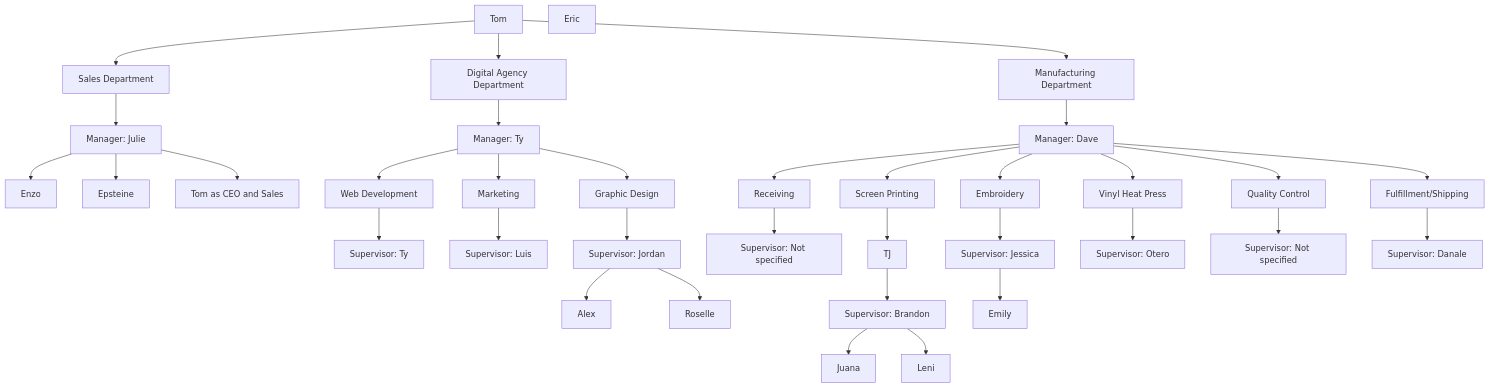
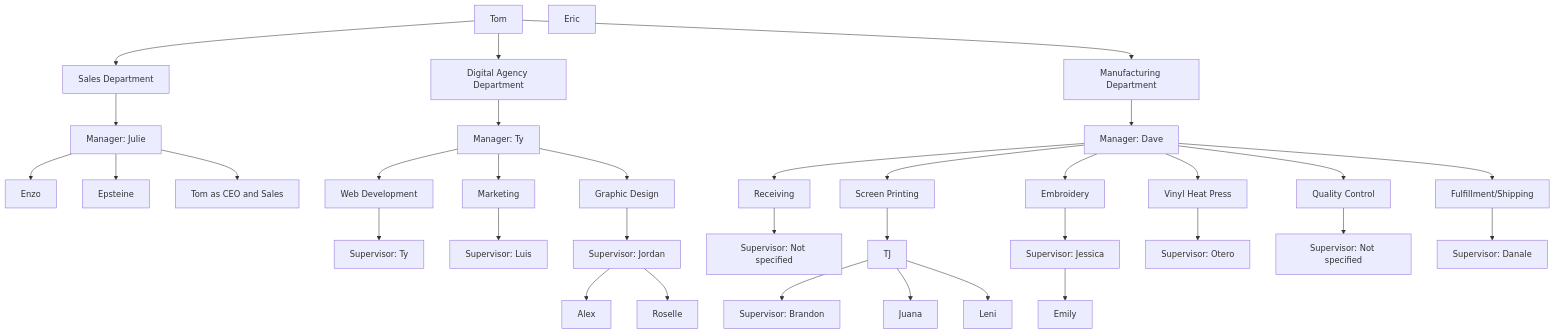
The first of 11 diagrams in README.md (TyGrim13/4WinnerFlows), drawn with Mermaid before and after one commit.

````diff
--- a/README.md
+++ b/README.md
@@ -28,73 +28,73 @@
 ```mermaid
 flowchart TD
     CEO[Tom] & Eric
     SalesDept[Sales Department]
     SalesMgr[Manager: Julie]
     Enzo[Enzo]
     Epsteine[Epsteine]
     TomAsSales[Tom as CEO and Sales]
     CEO --> SalesDept
     SalesDept --> SalesMgr
     SalesMgr --> Enzo
     SalesMgr --> Epsteine
     SalesMgr --> TomAsSales
 
     DigitalAgency[Digital Agency Department]
     DigitalMgr[Manager: Ty]
     WebDev[Web Development]
     WebSup[Supervisor: Ty]
     Marketing[Marketing]
     MarkSup[Supervisor: Luis]
     GraphicDesign[Graphic Design]
     GDSup[Supervisor: Jordan]
     Alex[Alex]
     Roselle[Roselle]
     CEO --> DigitalAgency
     DigitalAgency --> DigitalMgr
     DigitalMgr --> WebDev
     WebDev --> WebSup
     DigitalMgr --> Marketing
     Marketing --> MarkSup
     DigitalMgr --> GraphicDesign
     GraphicDesign --> GDSup
     GDSup --> Alex
     GDSup --> Roselle
 
     Manufacturing[Manufacturing Department]
     ManuMgr[Manager: Dave]
     Receiving[Receiving]
     RecSup[Supervisor: Not specified]
     ScreenPrinting[Screen Printing]
     SPBrandon[Supervisor: Brandon]
     SPTJ[TJ]
     SPJuana[Juana]
     SPLeni[Leni]
     Embroidery[Embroidery]
     EmbSup[Supervisor: Jessica]
     Emily[Emily]
     VinylHeatPress[Vinyl Heat Press]
     VHP[Supervisor: Otero]
     QualityControl[Quality Control]
     QCSup[Supervisor: Not specified]
     FulfillmentShipping[Fulfillment/Shipping]
     FulfillSup[Supervisor: Danale]
     CEO --> Manufacturing
     Manufacturing --> ManuMgr
     ManuMgr --> Receiving
     Receiving --> RecSup
     ManuMgr --> ScreenPrinting
     ScreenPrinting --> SPTJ
     SPTJ --> SPBrandon
-    SPBrandon --> SPJuana
-    SPBrandon --> SPLeni
+    SPTJ --> SPJuana
+    SPTJ --> SPLeni
     ManuMgr --> Embroidery
     Embroidery --> EmbSup
     EmbSup --> Emily
     ManuMgr --> VinylHeatPress
     VinylHeatPress --> VHP
     ManuMgr --> QualityControl
     QualityControl --> QCSup
     ManuMgr --> FulfillmentShipping
     FulfillmentShipping --> FulfillSup
 
 ```
````
